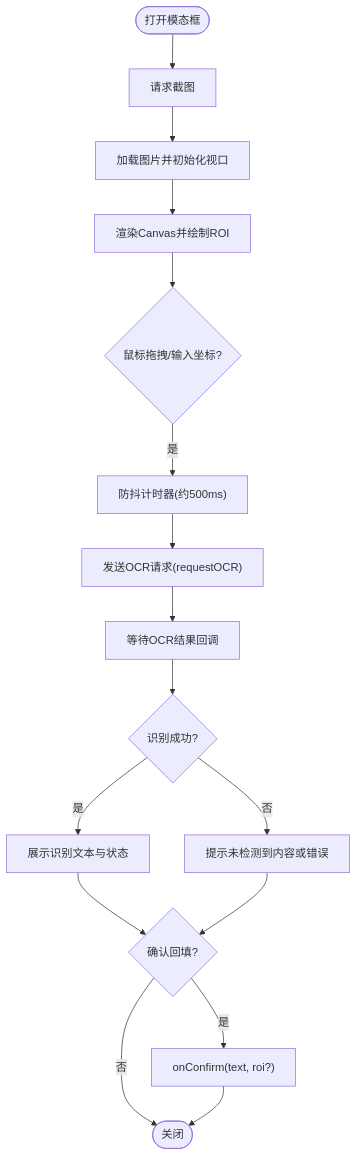
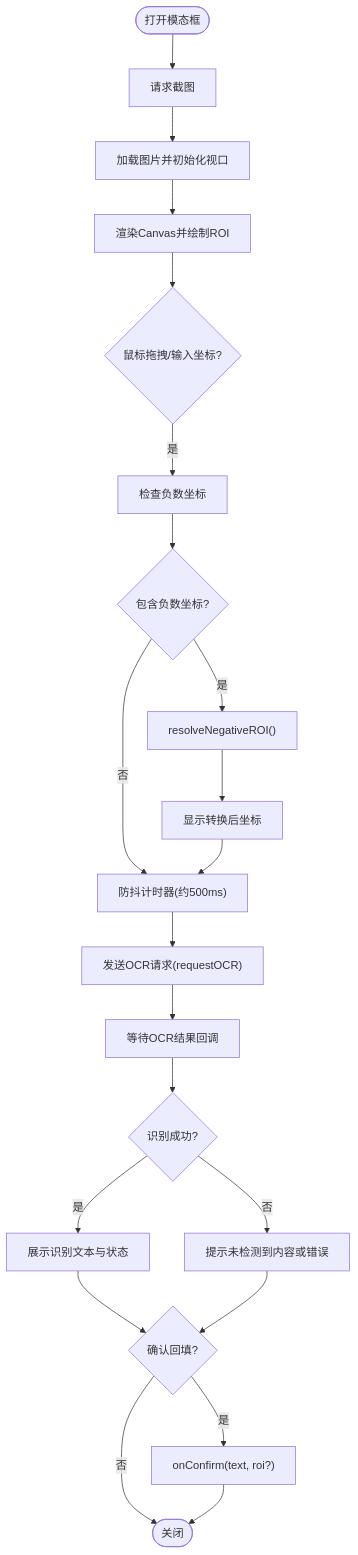
One commit to kqcoxn/MaaPipelineEditor changed the third of 5 diagrams in .qoder/repowiki/zh/content/核心概念/OCR识别模态框.md. Above: the diagram before and after it, drawn with Mermaid. The commit also changed other lines of this file and 9 other files, not shown here.

````diff
--- a/.qoder/repowiki/zh/content/核心概念/OCR识别模态框.md
+++ b/.qoder/repowiki/zh/content/核心概念/OCR识别模态框.md
@@ -170,18 +185,23 @@
 ```mermaid
 flowchart TD
 Start(["打开模态框"]) --> ReqCap["请求截图"]
 ReqCap --> LoadImg["加载图片并初始化视口"]
 LoadImg --> Draw["渲染Canvas并绘制ROI"]
 Draw --> Drag{"鼠标拖拽/输入坐标?"}
-Drag --> |是| Debounce["防抖计时器(约500ms)"]
+Drag --> |是| CheckNeg["检查负数坐标"]
+CheckNeg --> HasNeg{"包含负数坐标?"}
+HasNeg --> |是| Resolve["resolveNegativeROI()"]
+HasNeg --> |否| Debounce["防抖计时器(约500ms)"]
+Resolve --> ShowCoords["显示转换后坐标"]
+ShowCoords --> Debounce
 Debounce --> SendOCR["发送OCR请求(requestOCR)"]
 SendOCR --> Wait["等待OCR结果回调"]
 Wait --> Result{"识别成功?"}
 Result --> |是| Show["展示识别文本与状态"]
 Result --> |否| Hint["提示未检测到内容或错误"]
 Show --> Confirm{"确认回填?"}
 Hint --> Confirm
 Confirm --> |是| Return["onConfirm(text, roi?)"]
 Confirm --> |否| End(["关闭"])
 Return --> End
 ```
````
